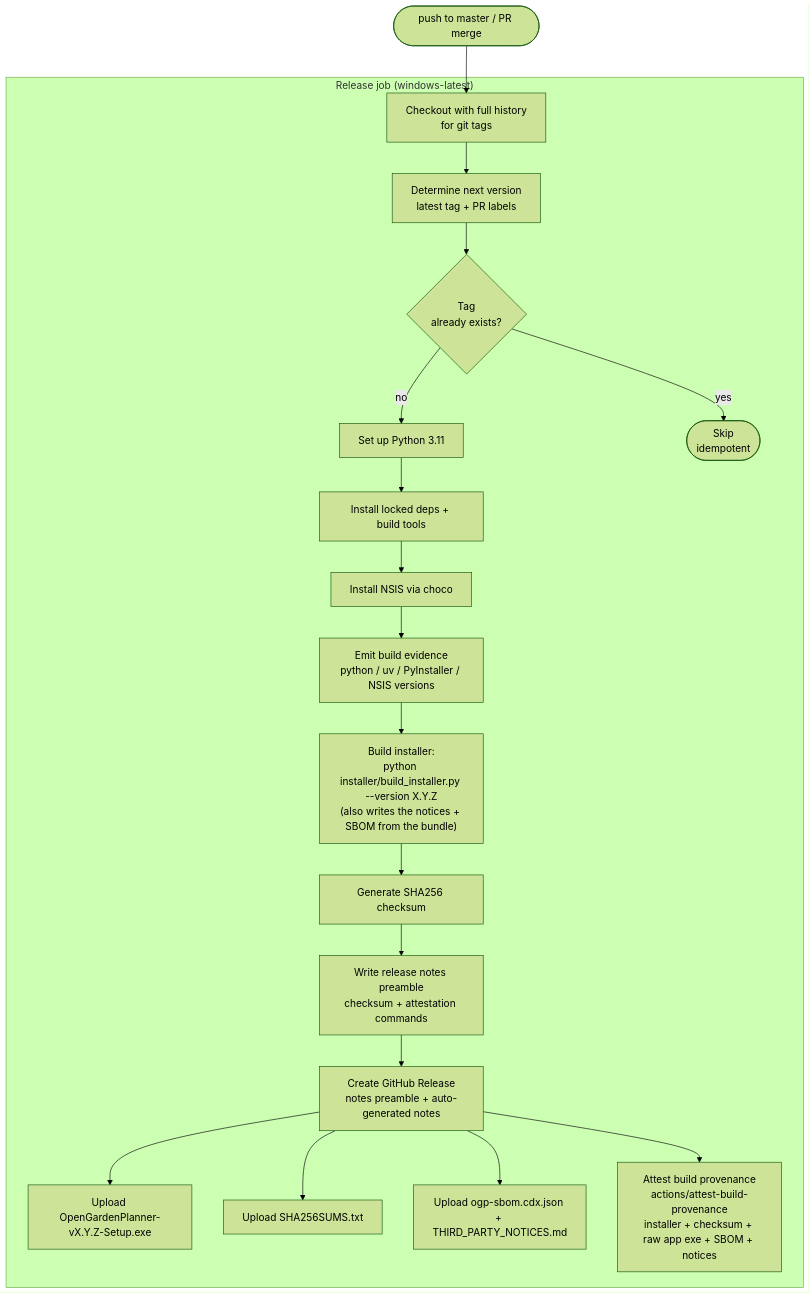
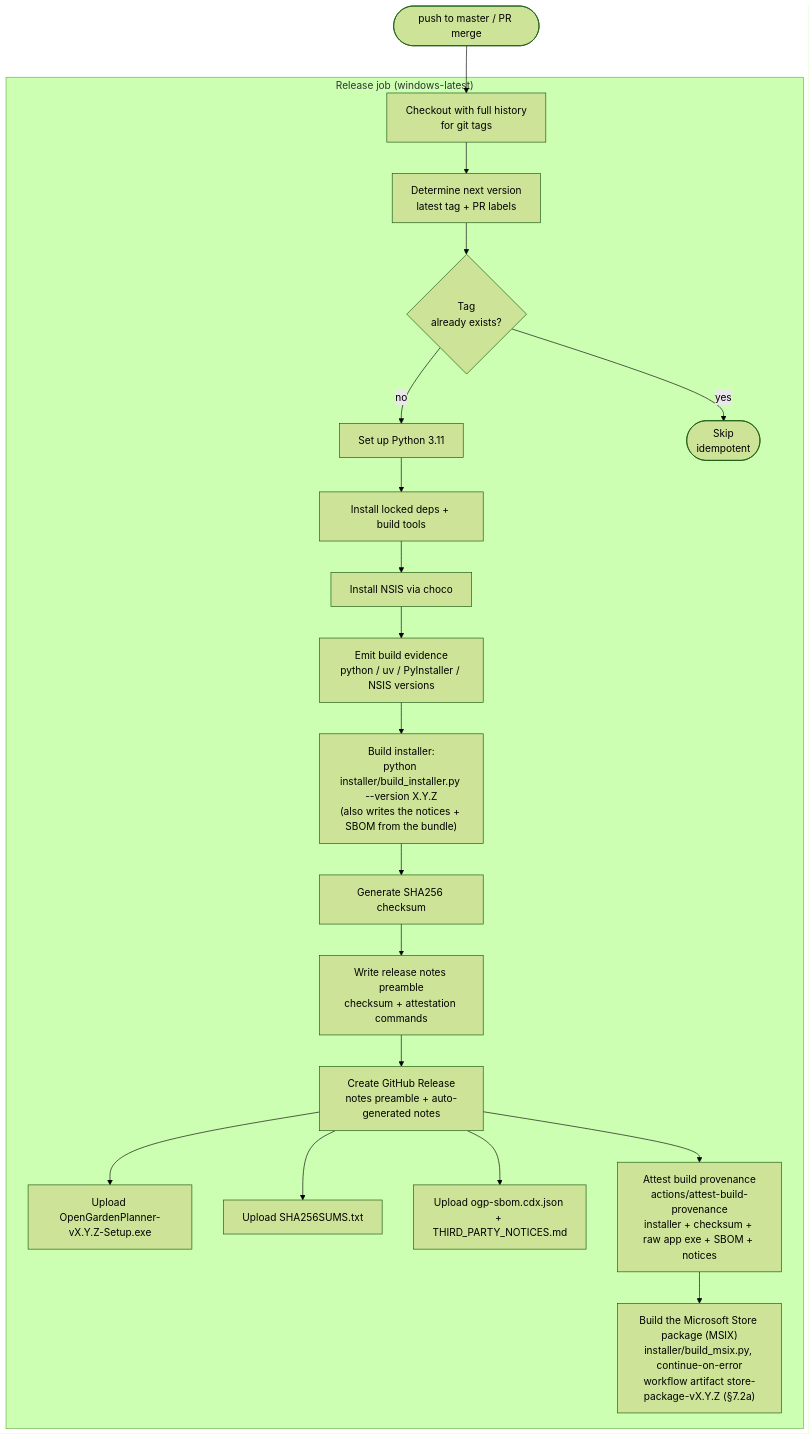
One commit to cofade/open-garden-planner changed the third of 3 diagrams in docs/07-deployment-view/README.md. Above: the diagram before and after it, drawn with Mermaid (forest theme). The commit also changed other lines of this file and 19 other files, not shown here.

First line of the commit message:
chore(#375): Microsoft Store channel - MSIX packaging, release artifact, install verification (ADR-073) (#761)

````diff
--- a/docs/07-deployment-view/README.md
+++ b/docs/07-deployment-view/README.md
@@ -461,32 +515,33 @@
 ```mermaid
 flowchart TD
     Trigger(["push to master / PR merge"])
     subgraph Job["Release job (windows-latest)"]
         R1[Checkout with full history<br/>for git tags]
         R2[Determine next version<br/>latest tag + PR labels]
         R3{Tag<br/>already exists?}
         R4[Set up Python 3.11]
         R5[Install locked deps + build tools]
         R6[Install NSIS via choco]
         R6b[Emit build evidence<br/>python / uv / PyInstaller / NSIS versions]
         R7["Build installer:<br/>python installer/build_installer.py --version X.Y.Z<br/>(also writes the notices + SBOM from the bundle)"]
         R8[Generate SHA256 checksum]
         R8b[Write release notes preamble<br/>checksum + attestation commands]
         R9[Create GitHub Release<br/>notes preamble + auto-generated notes]
         R10a[Upload OpenGardenPlanner-vX.Y.Z-Setup.exe]
         R10b[Upload SHA256SUMS.txt]
         R10c[Upload ogp-sbom.cdx.json + THIRD_PARTY_NOTICES.md]
         R11["Attest build provenance<br/>actions/attest-build-provenance<br/>installer + checksum + raw app exe + SBOM + notices"]
+        R12["Build the Microsoft Store package (MSIX)<br/>installer/build_msix.py, continue-on-error<br/>workflow artifact store-package-vX.Y.Z (§7.2a)"]
         Skip([Skip<br/>idempotent])
 
         R1 --> R2 --> R3
         R3 -->|yes| Skip
         R3 -->|no| R4 --> R5 --> R6 --> R6b --> R7 --> R8 --> R8b --> R9
         R9 --> R10a
         R9 --> R10b
         R9 --> R10c
-        R9 --> R11
+        R9 --> R11 --> R12
     end
 
     Trigger --> R1
 ```
````
